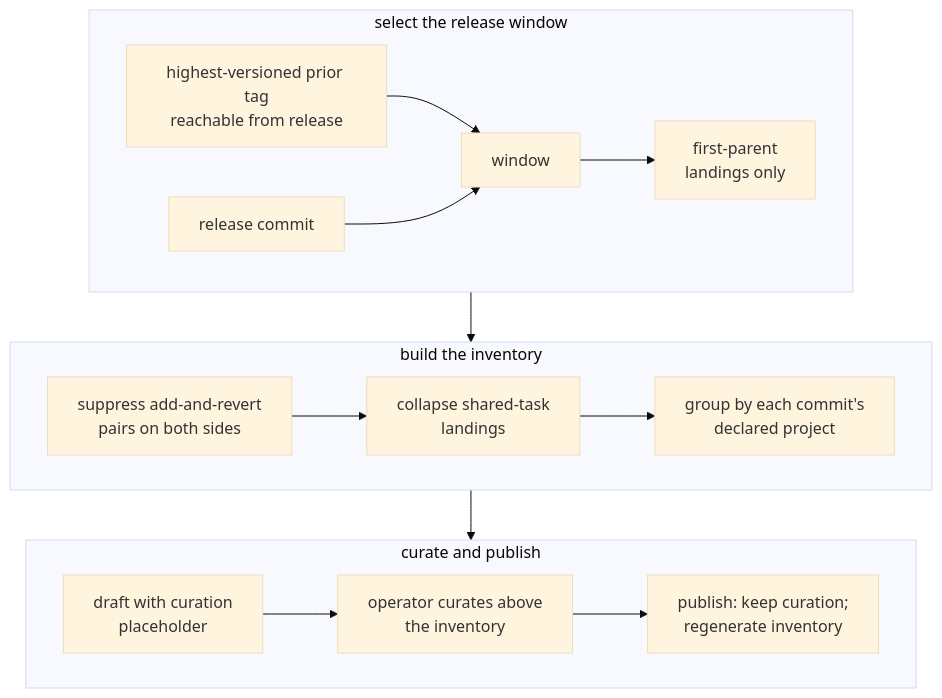
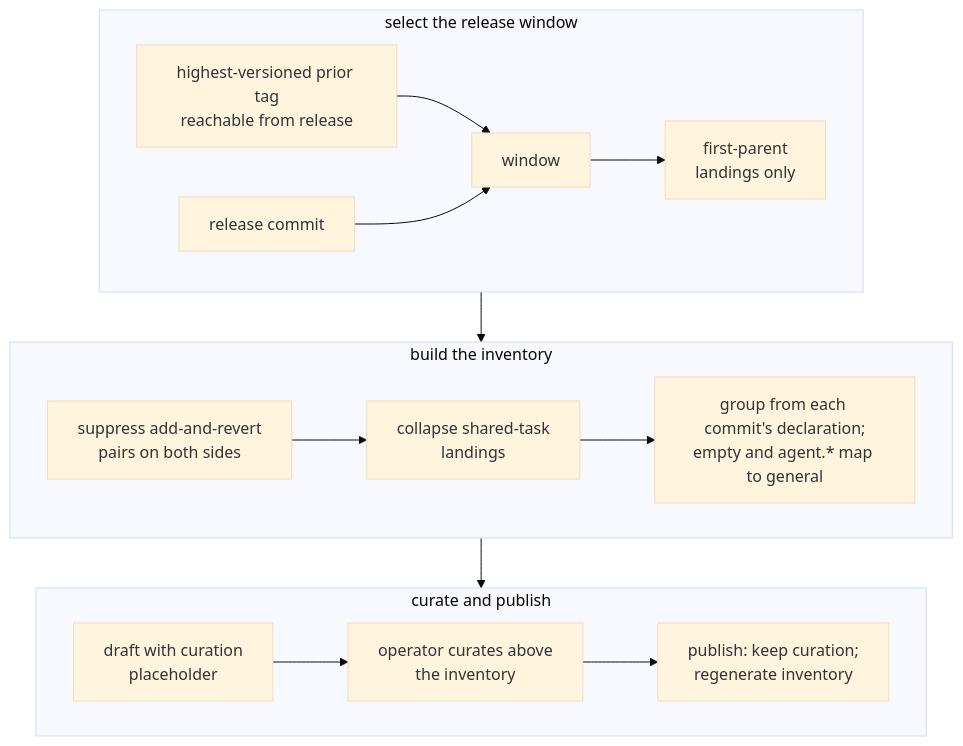
Before and after one commit to infimalabs/spice-rust: the fourth of 10 diagrams in docs/product/planes/distribution.md, drawn with Mermaid (base theme). The commit also changed other lines of this file and 120 other files, not shown here.

````diff
--- a/docs/product/planes/distribution.md
+++ b/docs/product/planes/distribution.md
@@ -161,25 +189,25 @@
 ```mermaid
 flowchart TD
   subgraph WINDOW["select the release window"]
     direction LR
     T["highest-versioned prior tag<br/>reachable from release"] --> W["window"]
     RC["release commit"] --> W
     W --> FP["first-parent<br/>landings only"]
   end
 
   subgraph INVENTORY["build the inventory"]
     direction LR
     SUP["suppress add-and-revert<br/>pairs on both sides"] --> COL["collapse shared-task<br/>landings"]
-    COL --> GRP["group by each commit's<br/>declared project"]
+    COL --> GRP["group from each commit's declaration;<br/>empty and agent.* map to general"]
   end
 
   subgraph PUBLISH["curate and publish"]
     direction LR
     D["draft with curation<br/>placeholder"]
     D --> CUR["operator curates above<br/>the inventory"]
     CUR --> PUBN["publish: keep curation;<br/>regenerate inventory"]
   end
 
   FP --> SUP
   GRP --> D
 ```
````
